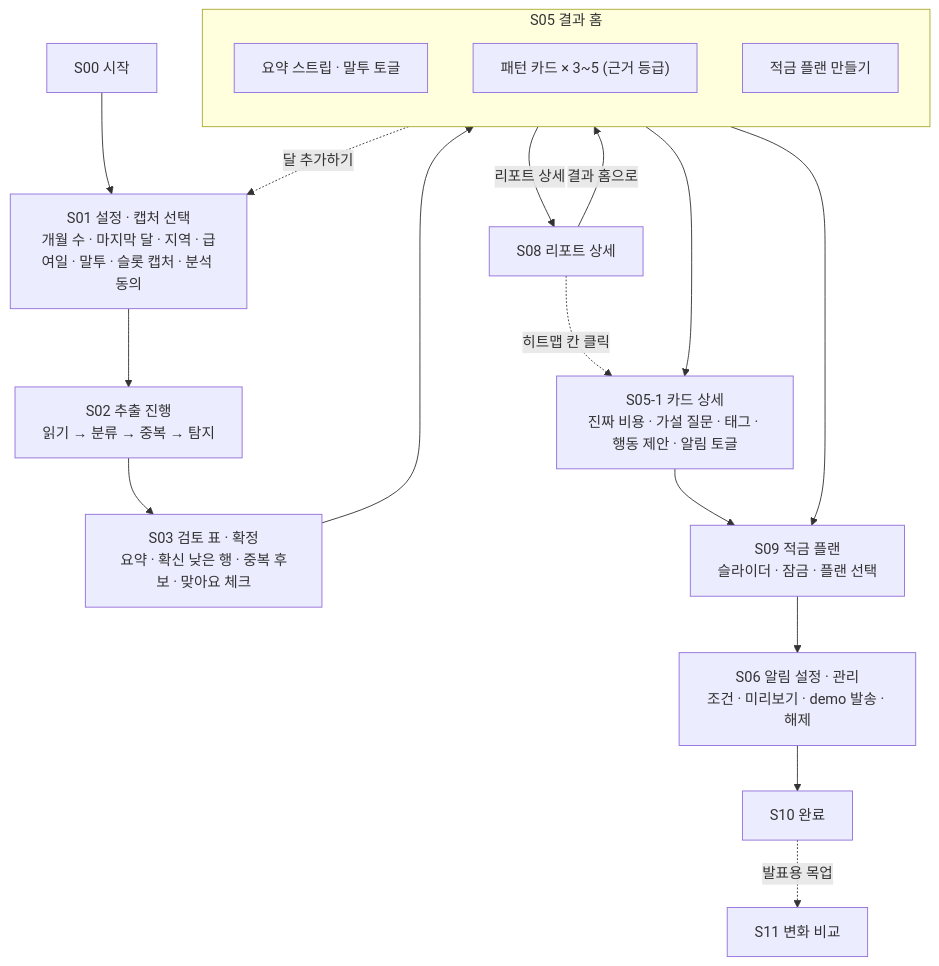
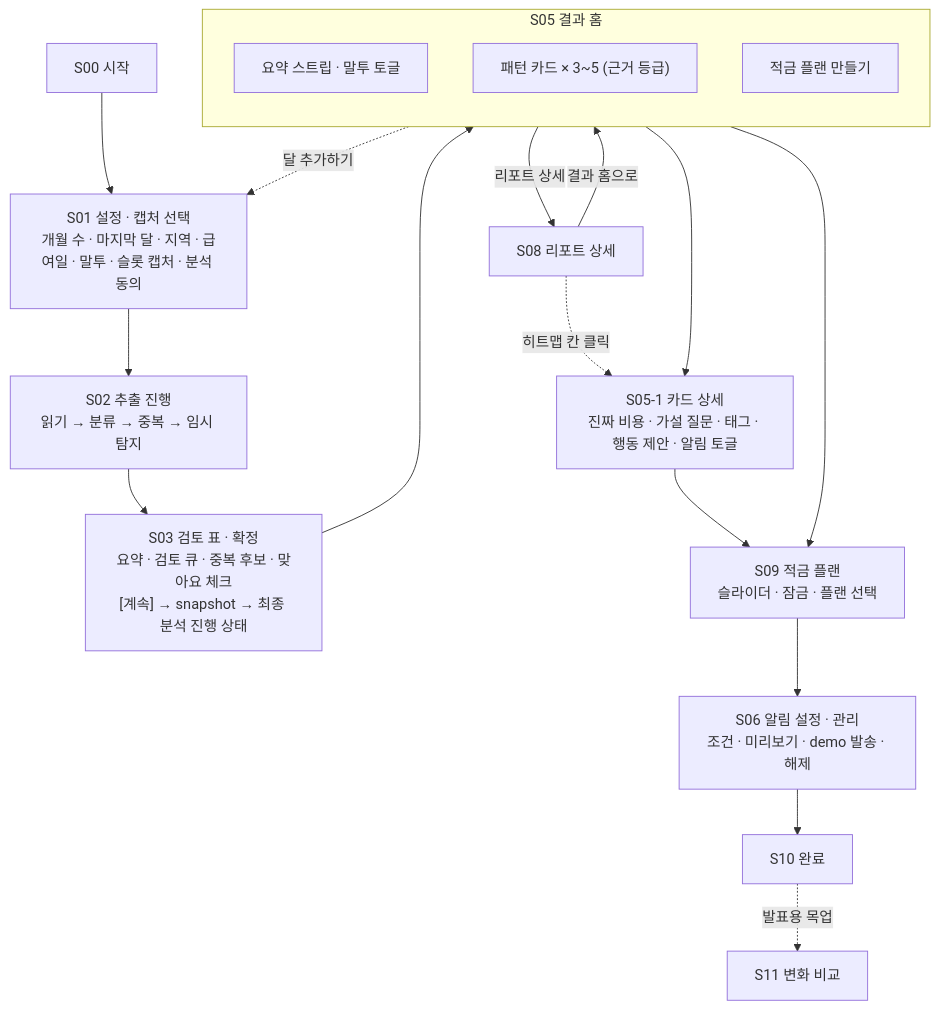
Before and after one commit to Line1-Hack-Team12/Team12_consume: the first of 2 diagrams in UserFlow.md, drawn with Mermaid. The commit also changed other lines of this file and 2 other files, not shown here.

````diff
--- a/UserFlow.md
+++ b/UserFlow.md
@@ -15,26 +16,26 @@
 ```mermaid
 flowchart TD
     S00["S00 시작"] --> S01["S01 설정 · 캡처 선택<br/>개월 수 · 마지막 달 · 지역 · 급여일 · 말투 · 슬롯 캡처 · 분석 동의"]
-    S01 --> S02["S02 추출 진행<br/>읽기 → 분류 → 중복 → 탐지"]
-    S02 --> S03["S03 검토 표 · 확정<br/>요약 · 확신 낮은 행 · 중복 후보 · 맞아요 체크"]
+    S01 --> S02["S02 추출 진행<br/>읽기 → 분류 → 중복 → 임시 탐지"]
+    S02 --> S03["S03 검토 표 · 확정<br/>요약 · 검토 큐 · 중복 후보 · 맞아요 체크<br/>[계속] → snapshot → 최종 분석 진행 상태"]
     S03 --> S05
 
     subgraph S05["S05 결과 홈"]
         direction TB
         STRIP["요약 스트립 · 말투 토글"]
         CARDS["패턴 카드 × 3~5 (근거 등급)"]
         PLANBTN["적금 플랜 만들기"]
     end
 
     STRIP -- 리포트 상세 --> S08["S08 리포트 상세"]
     S08 -- 결과 홈으로 --> S05
     S08 -. 히트맵 칸 클릭 .-> S05D
     CARDS --> S05D["S05-1 카드 상세<br/>진짜 비용 · 가설 질문 · 태그 · 행동 제안 · 알림 토글"]
     CARDS -. 달 추가하기 .-> S01
     PLANBTN --> S09["S09 적금 플랜<br/>슬라이더 · 잠금 · 플랜 선택"]
     S05D --> S09
     S09 --> S06["S06 알림 설정 · 관리<br/>조건 · 미리보기 · demo 발송 · 해제"]
     S06 --> S10["S10 완료"]
 
     S10 -. 발표용 목업 .-> S11["S11 변화 비교"]
 ```
````
